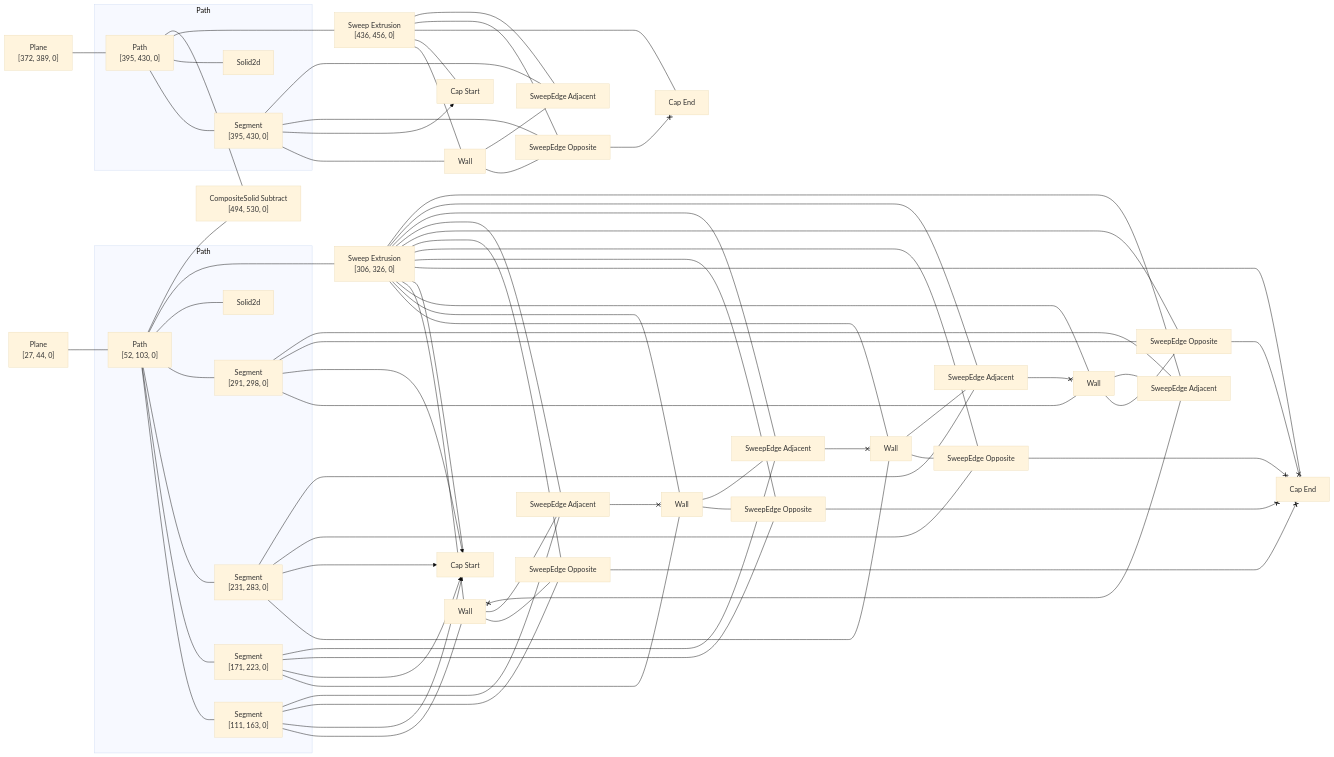
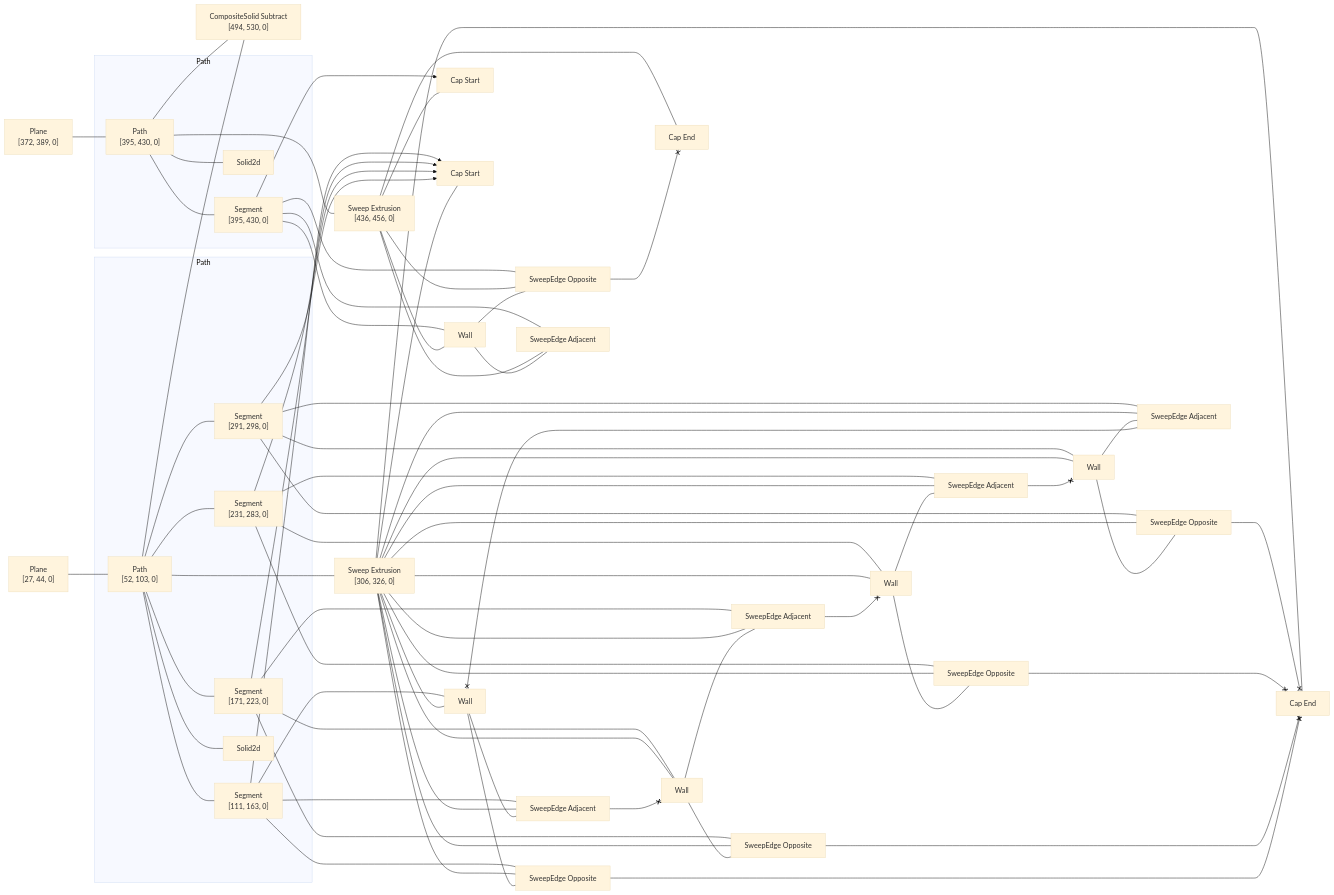
Before and after one commit to rajgandhi1/modeling-app: the diagram in rust/kcl-lib/tests/subtract_cylinder_from_cube/artifact_graph_flowchart.snap.md, drawn with Mermaid (base theme). The commit also changed 110 other files, not shown here.

```diff
--- a/rust/kcl-lib/tests/subtract_cylinder_from_cube/artifact_graph_flowchart.snap.md
+++ b/rust/kcl-lib/tests/subtract_cylinder_from_cube/artifact_graph_flowchart.snap.md
@@ -52,20 +52,20 @@
   4 --- 14
   5 --- 18
   5 x--> 21
-  5 --- 26
+  5 --- 27
   5 --- 29
   6 --- 16
   6 x--> 21
-  6 --- 24
-  6 --- 30
+  6 --- 26
+  6 --- 32
   7 --- 15
   7 x--> 21
   7 --- 25
   7 --- 31
   8 --- 17
   8 x--> 21
-  8 --- 27
-  8 --- 32
+  8 --- 24
+  8 --- 30
   9 --- 19
   9 x--> 20
   9 --- 28
@@ -90,17 +90,17 @@
   13 --- 28
   13 --- 33
   15 --- 25
-  30 <--x 15
   15 --- 31
-  16 --- 24
+  32 <--x 15
+  16 --- 26
   29 <--x 16
-  16 --- 30
-  17 --- 27
+  16 --- 32
+  17 --- 24
+  17 --- 30
   31 <--x 17
-  17 --- 32
-  18 --- 26
+  18 --- 27
   18 --- 29
-  32 <--x 18
+  30 <--x 18
   19 --- 28
   19 --- 33
   28 <--x 22
```
